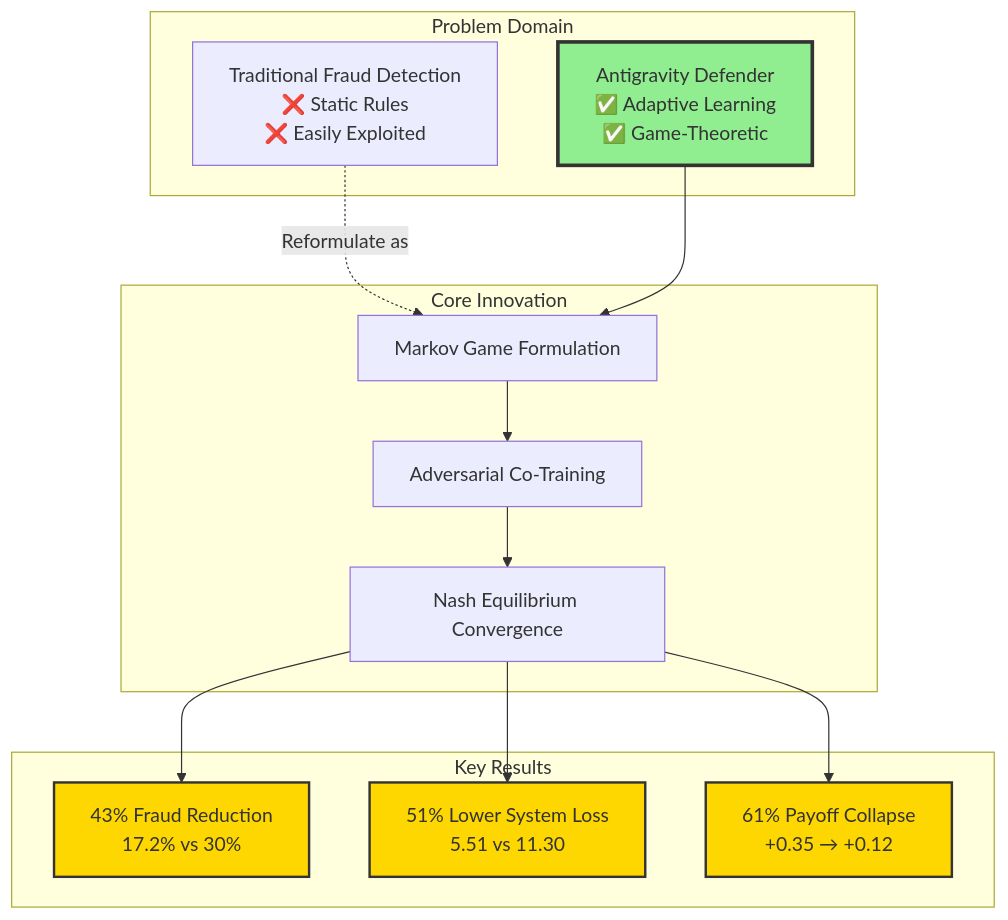
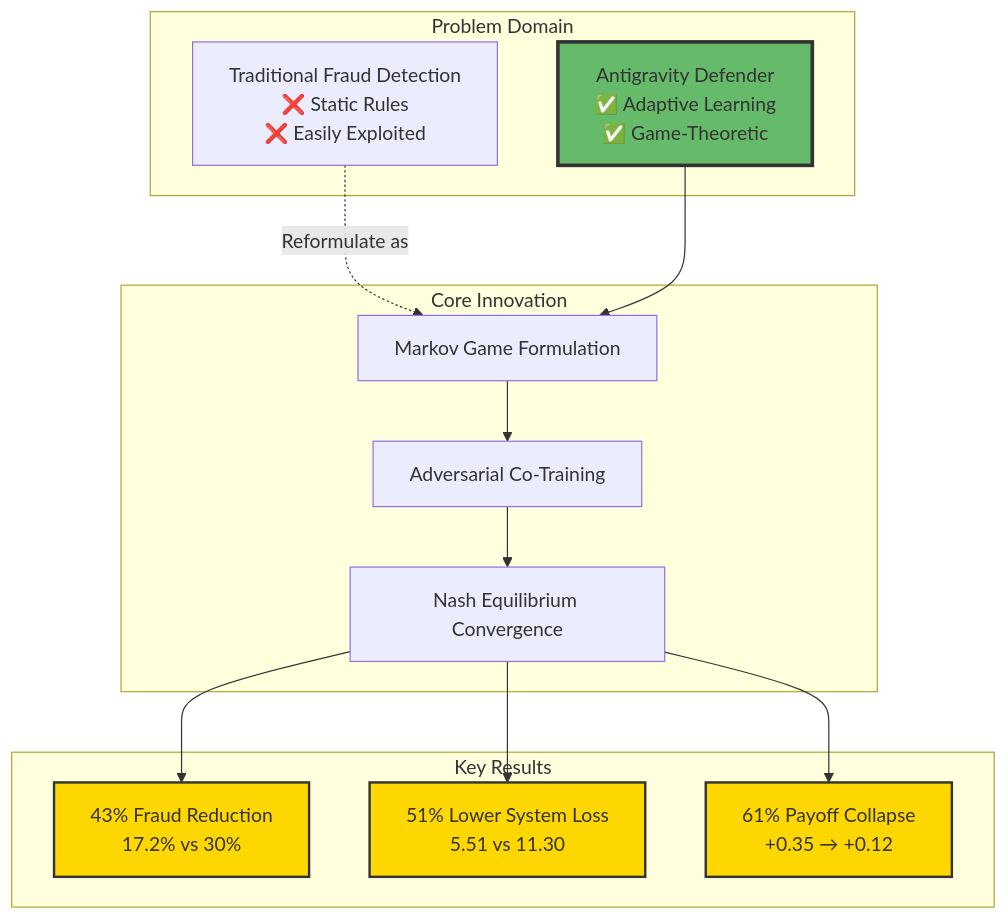
The first of 14 diagrams in README.md (HelloCol2/markov-fraud-antigravity), drawn with Mermaid before and after one commit. The commit also changed other lines of this file, not shown here.

````diff
--- a/README.md
+++ b/README.md
@@ -29,32 +30,32 @@
 ```mermaid
 graph TB
     subgraph "Problem Domain"
         A[Traditional Fraud Detection\n❌ Static Rules\n❌ Easily Exploited] 
         B[Antigravity Defender\n✅ Adaptive Learning\n✅ Game-Theoretic]
     end
     
     subgraph "Core Innovation"
         C[Markov Game Formulation]
         D[Adversarial Co-Training]
         E[Nash Equilibrium Convergence]
     end
     
     subgraph "Key Results"
         F[43% Fraud Reduction\n17.2% vs 30%]
         G[51% Lower System Loss\n5.51 vs 11.30]
         H[61% Payoff Collapse\n+0.35 → +0.12]
     end
     
     A -.->|"Reformulate as"| C
     B --> C
     C --> D
     D --> E
     E --> F
     E --> G
     E --> H
     
-    style B fill:#90EE90,stroke:#333,stroke-width:3px
-    style F fill:#FFD700,stroke:#333,stroke-width:2px
-    style G fill:#FFD700,stroke:#333,stroke-width:2px
-    style H fill:#FFD700,stroke:#333,stroke-width:2px
+    style B fill:#66bb6a,stroke:#333,stroke-width:3px
+    style F fill:#ffd700,stroke:#333,stroke-width:2px
+    style G fill:#ffd700,stroke:#333,stroke-width:2px
+    style H fill:#ffd700,stroke:#333,stroke-width:2px
 ```
````
